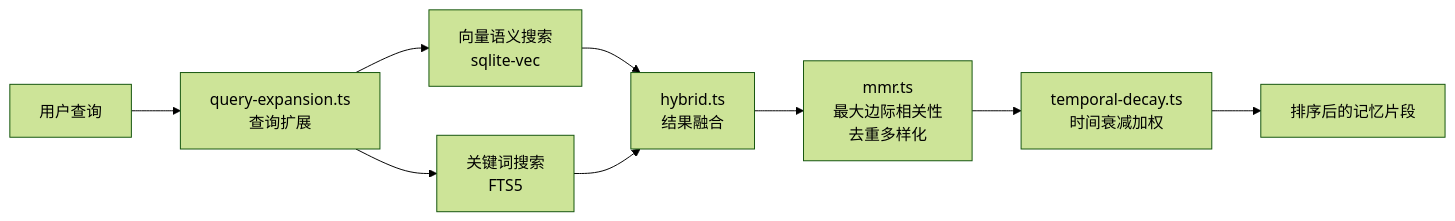
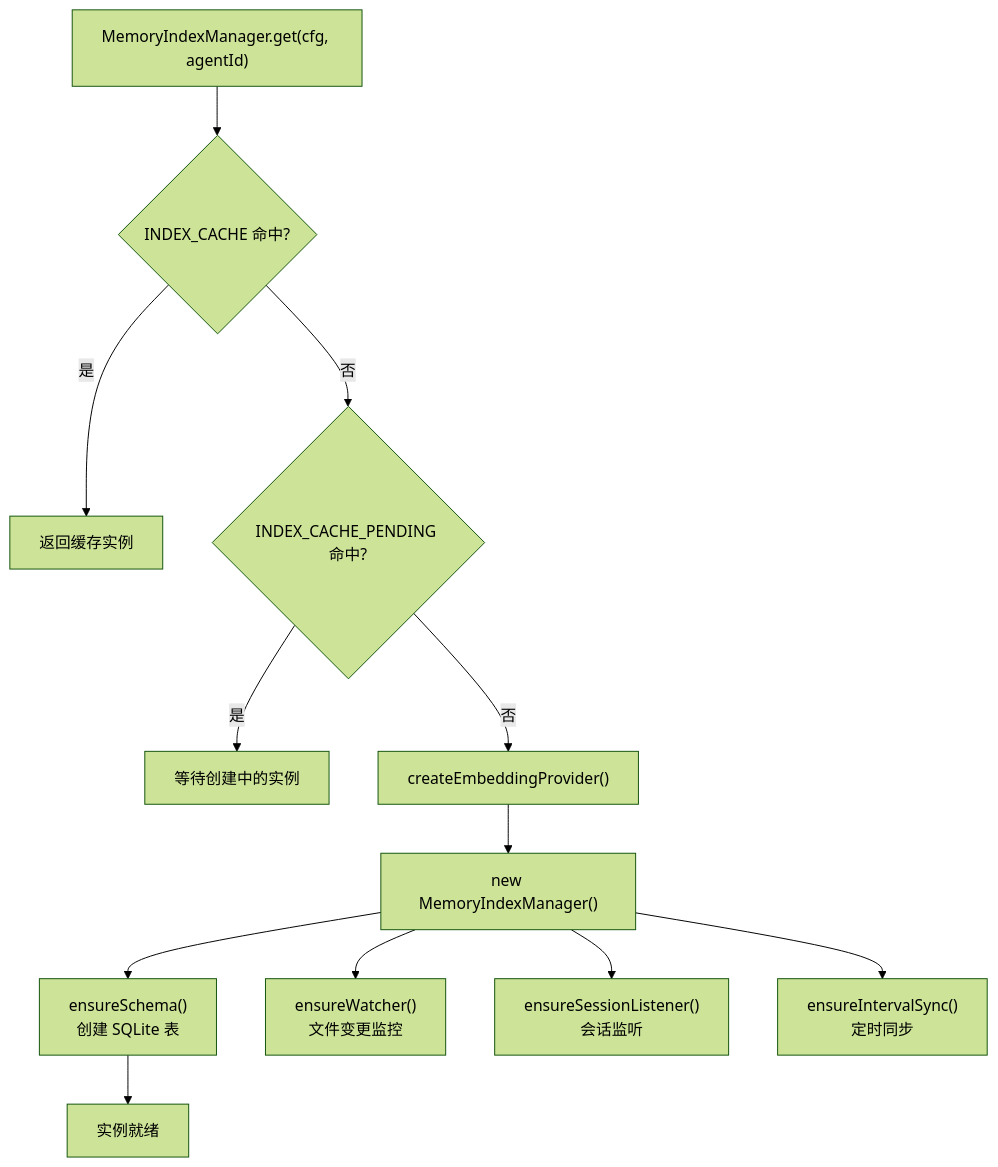
Before and after one commit to royalwang/openclaw: the first of 3 diagrams in zh-docs/modules/memory-context.md, drawn with Mermaid (forest theme). The commit also changed other lines of this file and 8 other files, not shown here.

````diff
--- a/zh-docs/modules/memory-context.md
+++ b/zh-docs/modules/memory-context.md
@@ -68,11 +9,14 @@
 ```mermaid
-flowchart LR
-    QUERY["用户查询"] --> EXPAND["query-expansion.ts<br/>查询扩展"]
-    EXPAND --> VEC["向量语义搜索<br/>sqlite-vec"]
-    EXPAND --> FTS["关键词搜索<br/>FTS5"]
-    VEC --> MERGE["hybrid.ts<br/>结果融合"]
-    FTS --> MERGE
-    MERGE --> MMR_F["mmr.ts<br/>最大边际相关性<br/>去重多样化"]
-    MMR_F --> DECAY["temporal-decay.ts<br/>时间衰减加权"]
-    DECAY --> RESULT["排序后的记忆片段"]
+flowchart TD
+    GET["MemoryIndexManager.get(cfg, agentId)"] --> CACHE{"INDEX_CACHE 命中?"}
+    CACHE -->|是| RETURN["返回缓存实例"]
+    CACHE -->|否| PENDING{"INDEX_CACHE_PENDING 命中?"}
+    PENDING -->|是| AWAIT["等待创建中的实例"]
+    PENDING -->|否| CREATE["createEmbeddingProvider()"]
+    CREATE --> CONSTRUCT["new MemoryIndexManager()"]
+    CONSTRUCT --> SCHEMA["ensureSchema()<br/>创建 SQLite 表"]
+    CONSTRUCT --> WATCHER["ensureWatcher()<br/>文件变更监控"]
+    CONSTRUCT --> SESSION_LISTEN["ensureSessionListener()<br/>会话监听"]
+    CONSTRUCT --> INTERVAL["ensureIntervalSync()<br/>定时同步"]
+    SCHEMA --> READY["实例就绪"]
 ```
````
